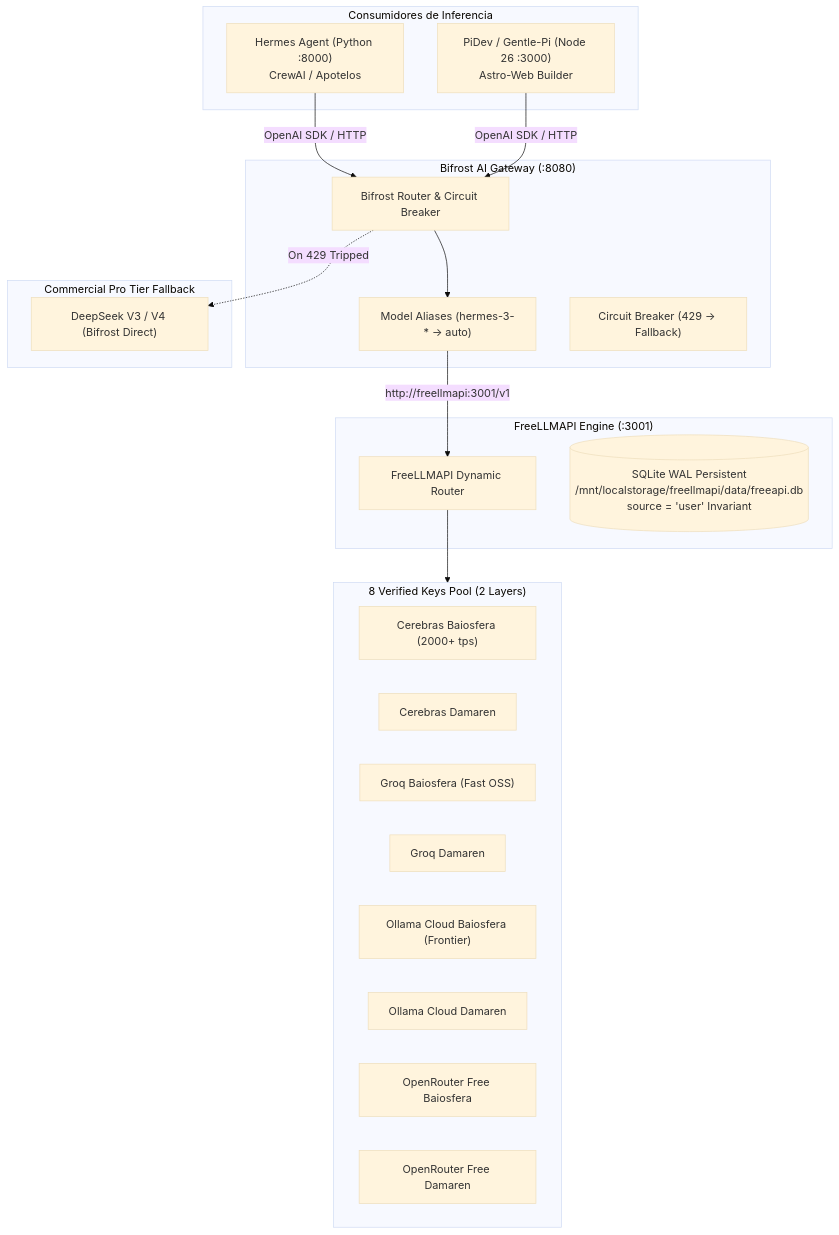
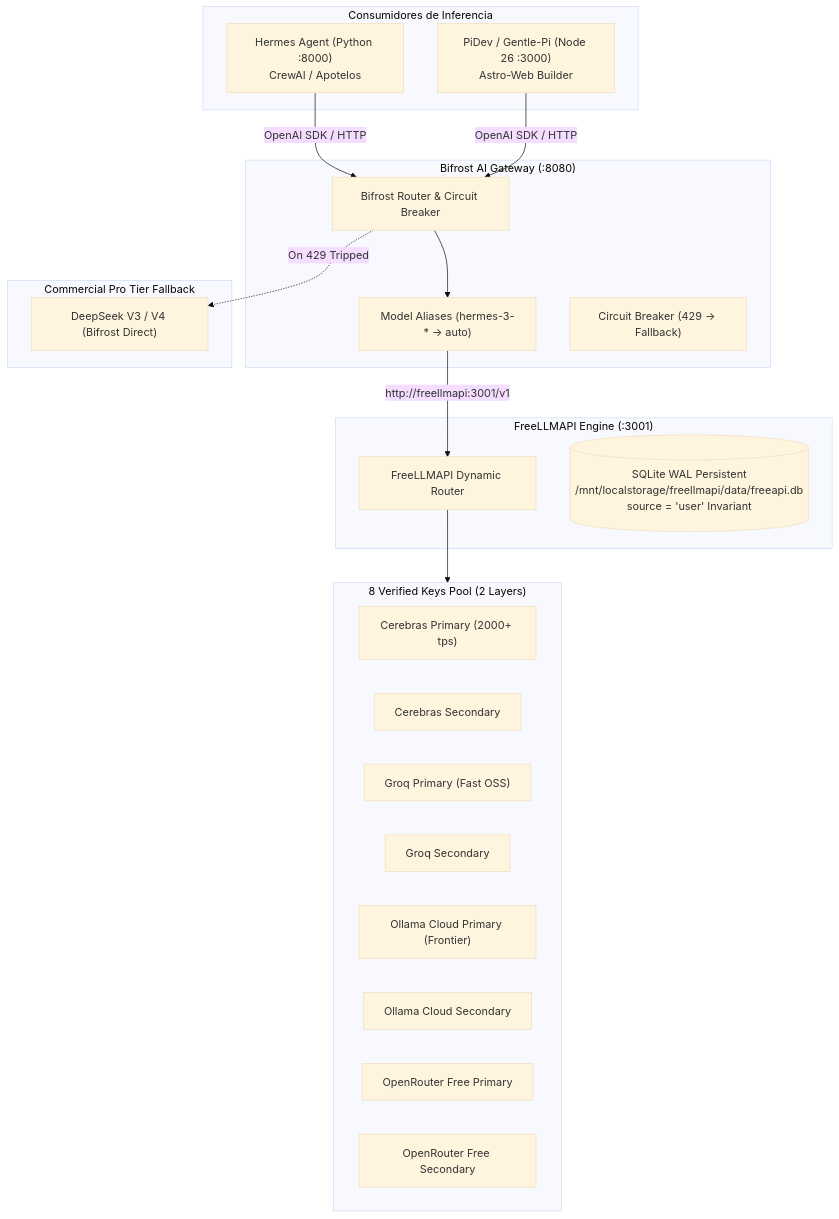
Before and after one commit to baiosfera/zerops-astrobranding: the diagram in templates/template-inference-mesh-freellmapi-bifrost.md, drawn with Mermaid (base theme). The commit also changed other lines of this file and 26 other files, not shown here.

````diff
--- a/templates/template-inference-mesh-freellmapi-bifrost.md
+++ b/templates/template-inference-mesh-freellmapi-bifrost.md
@@ -9,40 +9,40 @@
 ```mermaid
 flowchart TD
     subgraph Clients["Consumidores de Inferencia"]
         H["Hermes Agent (Python :8000)<br>CrewAI / Apotelos"]
         P["PiDev / Gentle-Pi (Node 26 :3000)<br>Astro-Web Builder"]
     end
 
     subgraph Gateway["Bifrost AI Gateway (:8080)"]
         B["Bifrost Router & Circuit Breaker"]
         BA["Model Aliases (hermes-3-* -> auto)"]
         BC["Circuit Breaker (429 -> Fallback)"]
     end
 
     subgraph FreeMesh["FreeLLMAPI Engine (:3001)"]
         F["FreeLLMAPI Dynamic Router"]
         FDB[("SQLite WAL Persistent<br>/mnt/localstorage/freellmapi/data/freeapi.db<br>source = 'user' Invariant")]
     end
 
     subgraph UpstreamProviders["8 Verified Keys Pool (2 Layers)"]
-        C1["Cerebras Baiosfera (2000+ tps)"]
-        C2["Cerebras Damaren"]
-        G1["Groq Baiosfera (Fast OSS)"]
-        G2["Groq Damaren"]
-        O1["Ollama Cloud Baiosfera (Frontier)"]
-        O2["Ollama Cloud Damaren"]
-        R1["OpenRouter Free Baiosfera"]
-        R2["OpenRouter Free Damaren"]
+        C1["Cerebras Primary (2000+ tps)"]
+        C2["Cerebras Secondary"]
+        G1["Groq Primary (Fast OSS)"]
+        G2["Groq Secondary"]
+        O1["Ollama Cloud Primary (Frontier)"]
+        O2["Ollama Cloud Secondary"]
+        R1["OpenRouter Free Primary"]
+        R2["OpenRouter Free Secondary"]
     end
 
     subgraph Fallback["Commercial Pro Tier Fallback"]
         DS["DeepSeek V3 / V4 (Bifrost Direct)"]
     end
 
     H -->|OpenAI SDK / HTTP| B
     P -->|OpenAI SDK / HTTP| B
     B --> BA
     BA -->|http://freellmapi:3001/v1| F
     F --> UpstreamProviders
     B -.->|On 429 Tripped| DS
 ```
````
